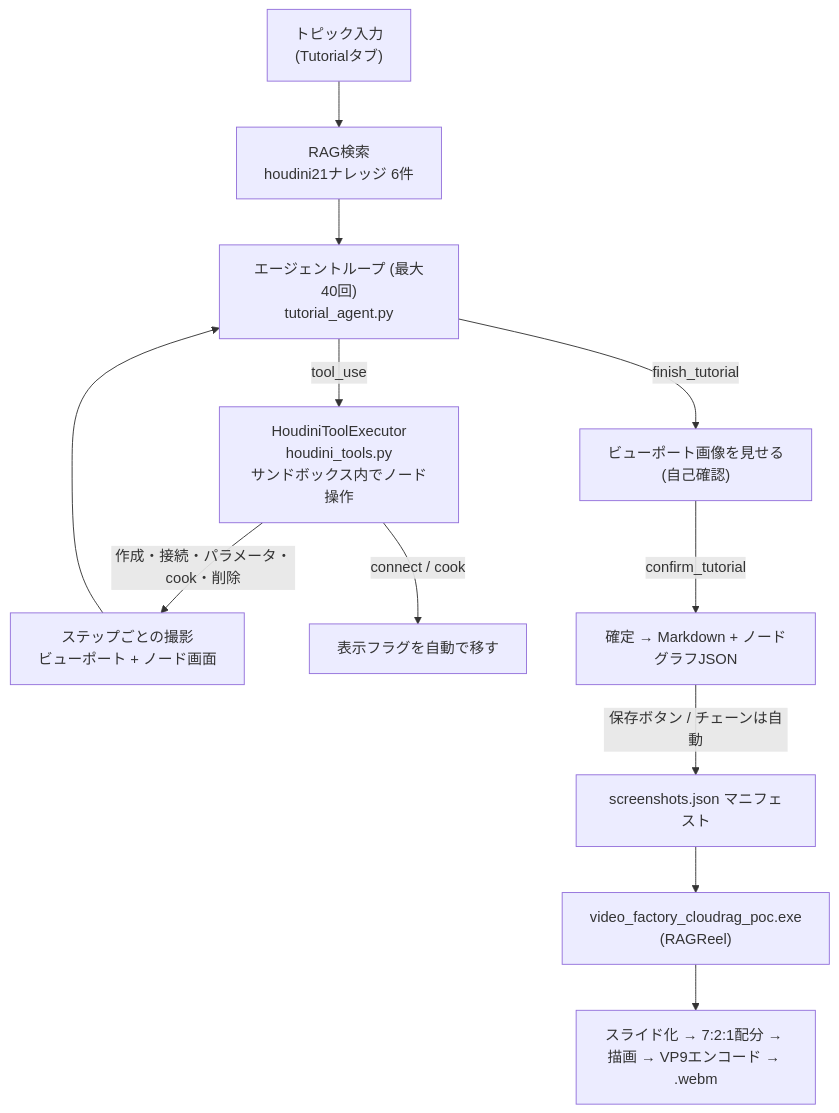
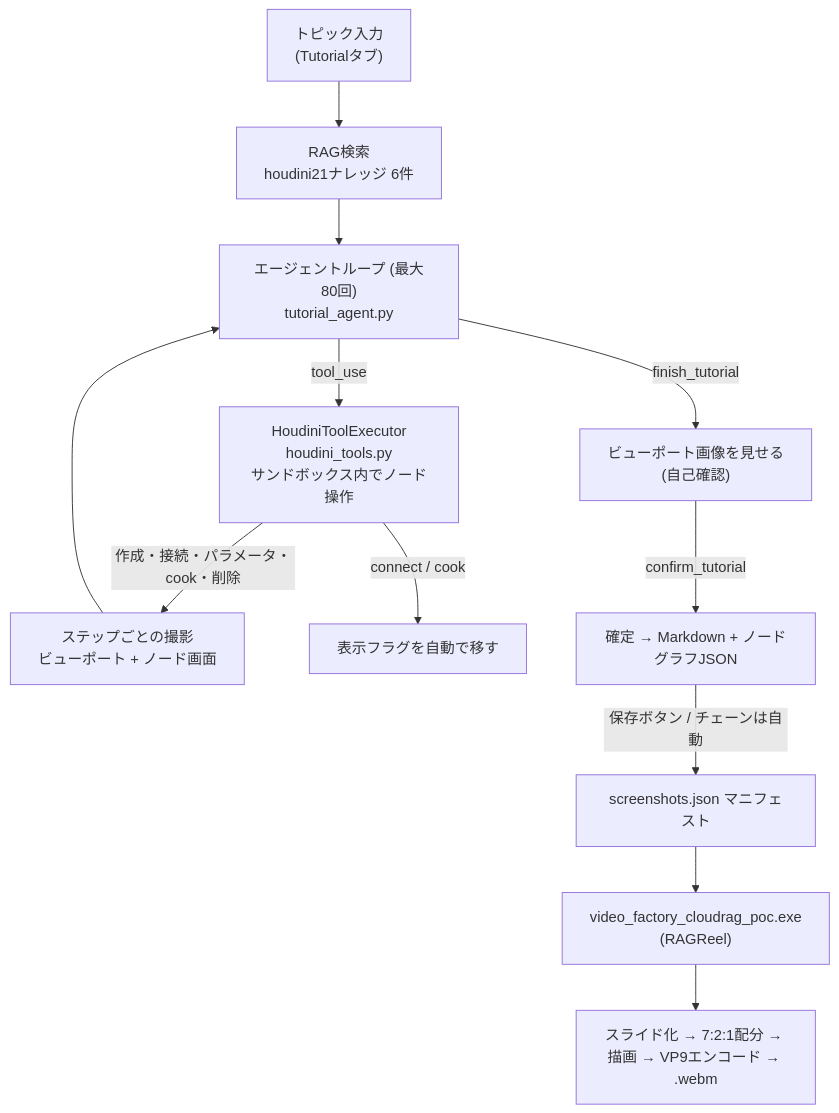
One commit to manato1201/DevelopmentRAGEnvironment changed the first of 4 diagrams in docs/content-generation.md. Above: the diagram before and after it, drawn with Mermaid. The commit also changed other lines of this file and 5 other files, not shown here.

````diff
--- a/docs/content-generation.md
+++ b/docs/content-generation.md
@@ -194,14 +194,14 @@
 ```mermaid
 flowchart TD
     A["トピック入力<br/>(Tutorialタブ)"] --> B["RAG検索<br/>houdini21ナレッジ 6件"]
-    B --> C["エージェントループ (最大40回)<br/>tutorial_agent.py"]
+    B --> C["エージェントループ (最大80回)<br/>tutorial_agent.py"]
     C -->|tool_use| D["HoudiniToolExecutor<br/>houdini_tools.py<br/>サンドボックス内でノード操作"]
     D -->|"作成・接続・パラメータ・cook・削除"| E["ステップごとの撮影<br/>ビューポート + ノード画面"]
     D -->|"connect / cook"| F["表示フラグを自動で移す"]
     E --> C
     C -->|finish_tutorial| G["ビューポート画像を見せる<br/>(自己確認)"]
     G -->|confirm_tutorial| H["確定 → Markdown + ノードグラフJSON"]
     H -->|"保存ボタン / チェーンは自動"| I["screenshots.json マニフェスト"]
     I --> J["video_factory_cloudrag_poc.exe<br/>(RAGReel)"]
     J --> K["スライド化 → 7:2:1配分 → 描画 → VP9エンコード → .webm"]
 ```
````
